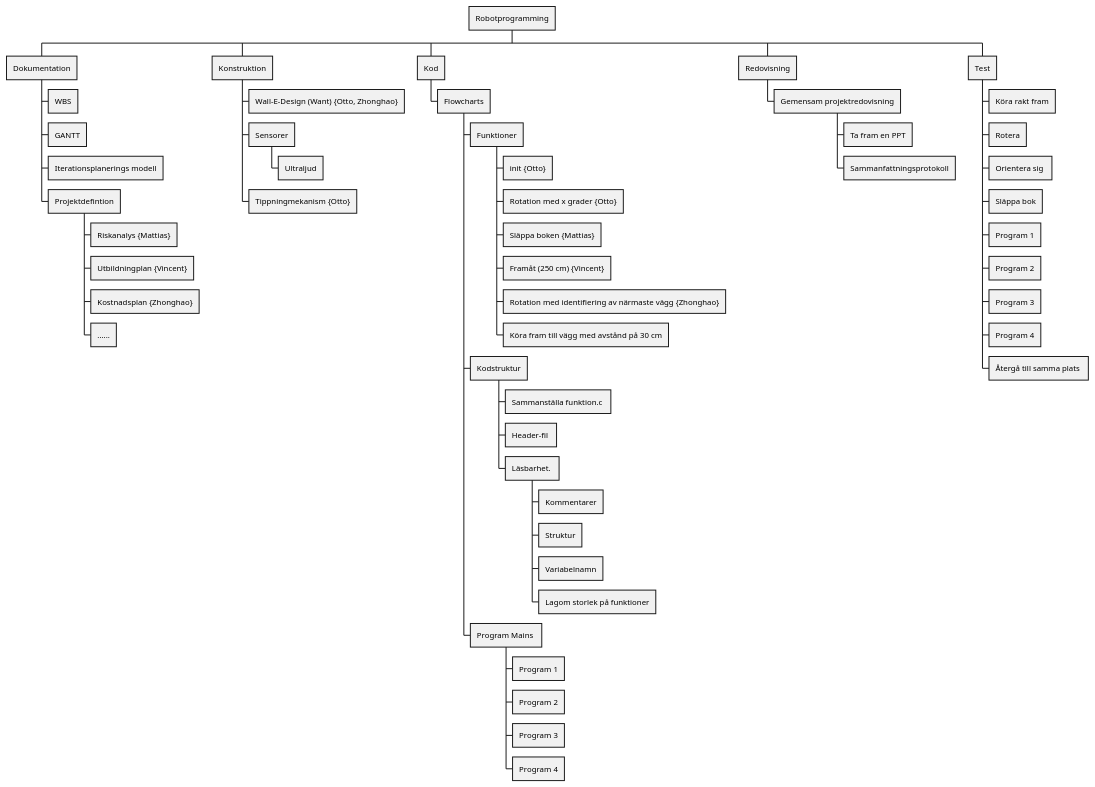
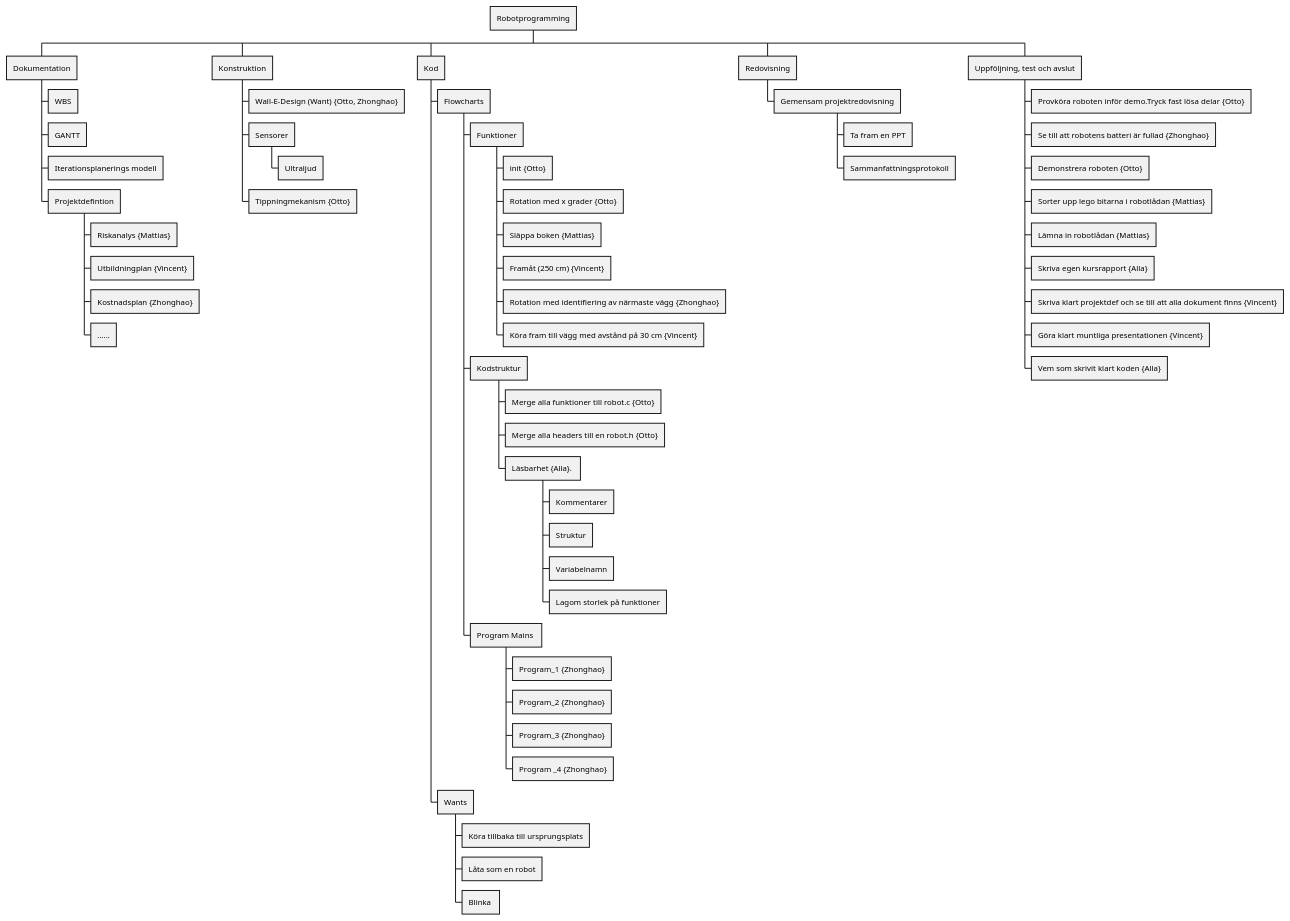
The diagram in PlantUML/wbs.puml (MattiasLindgren278/robot_project_18), drawn with PlantUML before and after one commit. The commit also changed 1 other file, not shown here.

```diff
--- a/PlantUML/wbs.puml
+++ b/PlantUML/wbs.puml
@@ -1,57 +1,61 @@
 @startwbs
 * Robotprogramming
 ** Dokumentation
 *** WBS
 *** GANTT
 *** Iterationsplanerings modell
 *** Projektdefintion
 **** Riskanalys {Mattias}
 **** Utbildningplan {Vincent}
 **** Kostnadsplan {Zhonghao}
 **** ......
 ** Konstruktion
 *** Wall-E-Design (Want) {Otto, Zhonghao}
 *** Sensorer
 **** Ultraljud
 *** Tippningmekanism {Otto}
 ** Kod
 *** Flowcharts
 **** Funktioner
 ***** init {Otto}
 ***** Rotation med x grader {Otto}
 ***** Släppa boken {Mattias}
 ***** Framåt (250 cm) {Vincent}
 ***** Rotation med identifiering av närmaste vägg {Zhonghao}
-***** Köra fram till vägg med avstånd på 30 cm
+***** Köra fram till vägg med avstånd på 30 cm {Vincent}
 **** Kodstruktur
-***** Sammanställa funktion.c 
-***** Header-fil 
-***** Läsbarhet. 
+***** Merge alla funktioner till robot.c {Otto}
+***** Merge alla headers till en robot.h {Otto}
+***** Läsbarhet {Alla}. 
 ****** Kommentarer
 ****** Struktur
 ****** Variabelnamn
 ****** Lagom storlek på funktioner
 **** Program Mains 
-***** Program 1
-***** Program 2
-***** Program 3
-***** Program 4
+***** Program_1 {Zhonghao}
+***** Program_2 {Zhonghao}
+***** Program_3 {Zhonghao}
+***** Program _4 {Zhonghao}
+*** Wants
+**** Köra tillbaka till ursprungsplats
+**** Låta som en robot
+**** Blinka 
 ** Redovisning
 *** Gemensam projektredovisning
 ' note bottom
 ' Alla skall hålla den enskilt (7 min)
 ' end note 
 **** Ta fram en PPT
 **** Sammanfattningsprotokoll
 
-** Test
-*** Köra rakt fram
-*** Rotera
-*** Orientera sig 
-*** Släppa bok
-*** Program 1
-*** Program 2
-*** Program 3
-*** Program 4
-*** Återgå till samma plats 
+** Uppföljning, test och avslut
+*** Provköra roboten inför demo.Tryck fast lösa delar {Otto}
+*** Se till att robotens batteri är fullad {Zhonghao}
+*** Demonstrera roboten {Otto}
+*** Sorter upp lego bitarna i robotlådan {Mattias}
+*** Lämna in robotlådan {Mattias}
+*** Skriva egen kursrapport {Alla}
+*** Skriva klart projektdef och se till att alla dokument finns {Vincent}
+*** Göra klart muntliga presentationen {Vincent}
+*** Vem som skrivit klart koden {Alla}
 @endwbs
```
